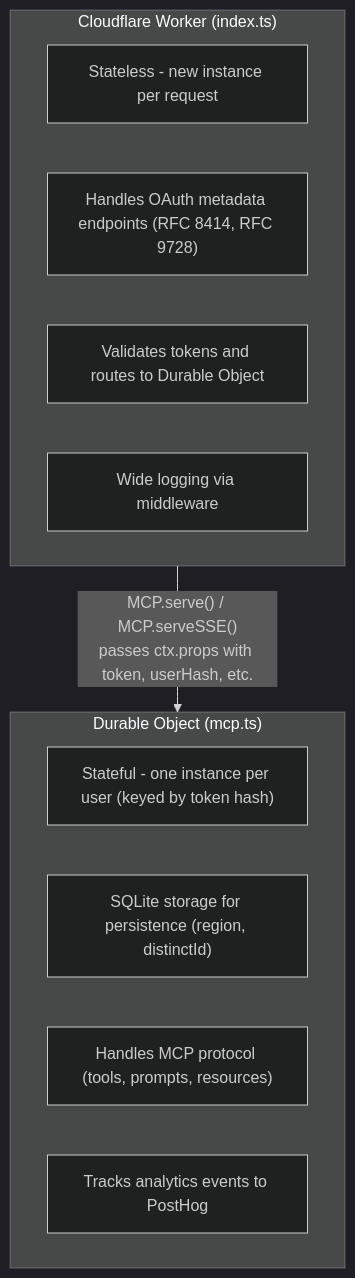
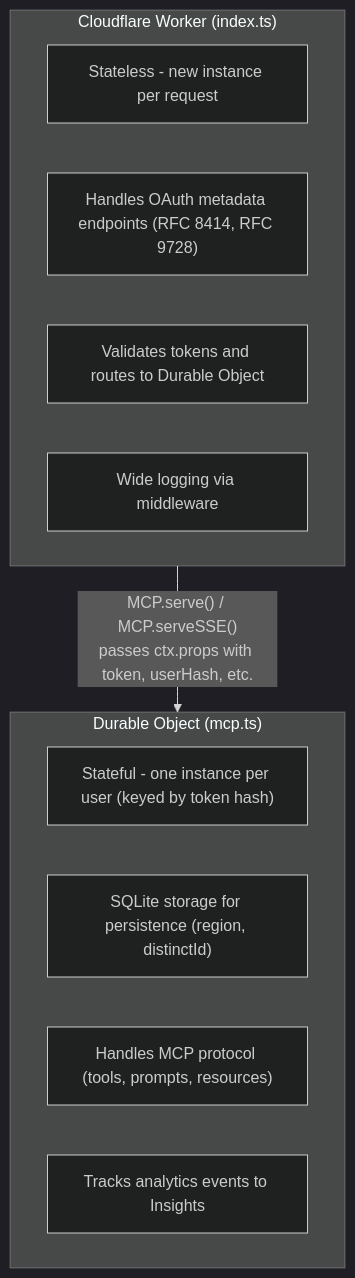
One commit to hanzoai/insights changed the first of 3 diagrams in services/mcp/ARCHITECTURE.md. Above: the diagram before and after it, drawn with Mermaid (dark theme). The commit also changed other lines of this file and 2718 other files, not shown here.

First line of the commit message:
Nuclear rebrand: eliminate all Hog/PostHog branding, rename to Insights

````diff
--- a/services/mcp/ARCHITECTURE.md
+++ b/services/mcp/ARCHITECTURE.md
@@ -12,18 +12,18 @@
 ```mermaid
 flowchart TB
     subgraph Worker["Cloudflare Worker (index.ts)"]
         W1["Stateless - new instance per request"]
         W2["Handles OAuth metadata endpoints (RFC 8414, RFC 9728)"]
         W3["Validates tokens and routes to Durable Object"]
         W4["Wide logging via middleware"]
     end
 
     subgraph DO["Durable Object (mcp.ts)"]
         D1["Stateful - one instance per user (keyed by token hash)"]
         D2["SQLite storage for persistence (region, distinctId)"]
         D3["Handles MCP protocol (tools, prompts, resources)"]
-        D4["Tracks analytics events to PostHog"]
+        D4["Tracks analytics events to Insights"]
     end
 
     Worker -->|"MCP.serve() / MCP.serveSSE()<br/>passes ctx.props with token, userHash, etc."| DO
 ```
````
